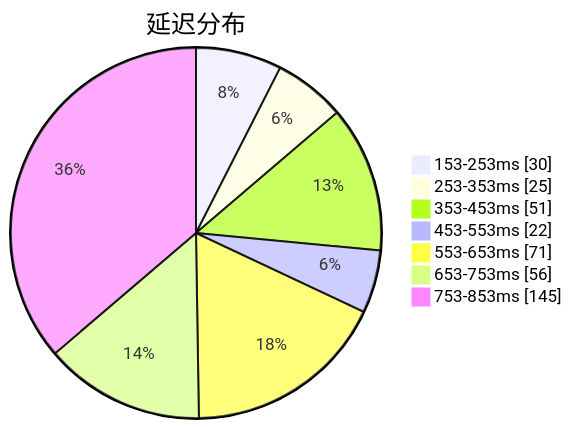
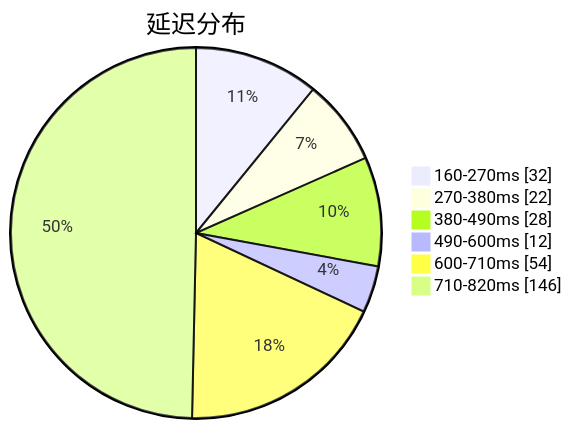
Before and after one commit to qjlxg/airport: the first of 3 diagrams in subs/statistics/tested_within.md, drawn with Mermaid. The commit also changed other lines of this file and 2 other files, not shown here.

````diff
--- a/subs/statistics/tested_within.md
+++ b/subs/statistics/tested_within.md
@@ -2,11 +2,10 @@
 ```mermaid
 pie showData
 title 延迟分布
-"153-253ms" : 30
-"253-353ms" : 25
-"353-453ms" : 51
-"453-553ms" : 22
-"553-653ms" : 71
-"653-753ms" : 56
-"753-853ms" : 145
+"160-270ms" : 32
+"270-380ms" : 22
+"380-490ms" : 28
+"490-600ms" : 12
+"600-710ms" : 54
+"710-820ms" : 146
 ```
````
